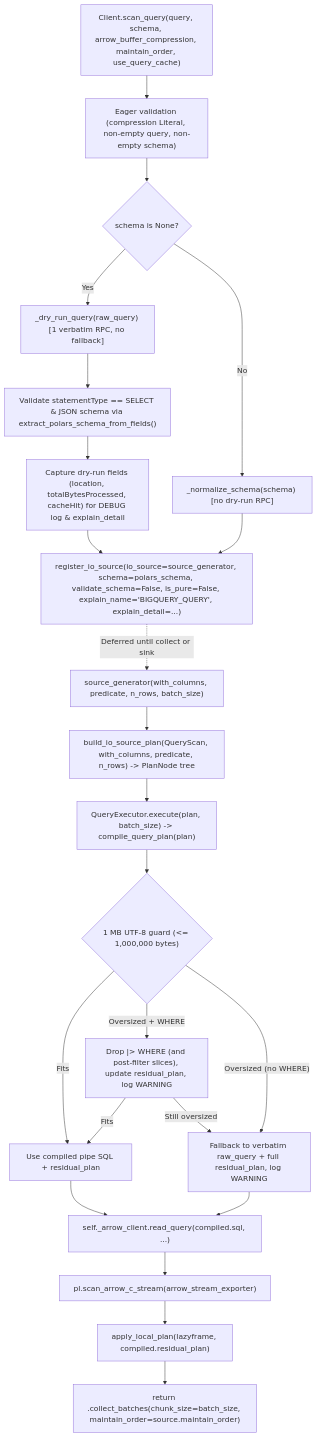
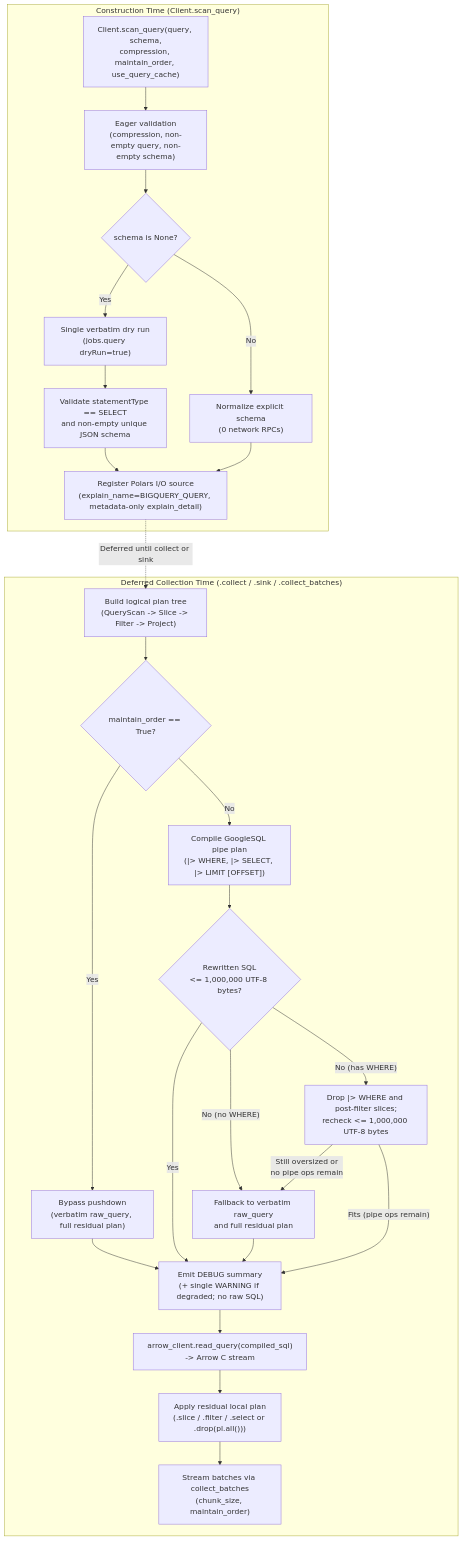
The diagram in docs/designs/polars_bigquery_scan_query.md (pola-rs/polars-bigquery-client), drawn with Mermaid before and after one commit. The commit also changed other lines of this file, not shown here.

````diff
--- a/docs/designs/polars_bigquery_scan_query.md
+++ b/docs/designs/polars_bigquery_scan_query.md
@@ -133,26 +131,40 @@
 ```mermaid
 flowchart TD
-    A["Client.scan_query(query, schema, arrow_buffer_compression, maintain_order, use_query_cache)"] --> B["Eager validation (compression Literal, non-empty query, non-empty schema)"]
-    B --> C{"schema is None?"}
-    C -- "Yes" --> D["_dry_run_query(raw_query) [1 verbatim RPC, no fallback]"]
-    D --> E["Validate statementType == SELECT & JSON schema via extract_polars_schema_from_fields()"]
-    E --> F["Capture dry-run fields (location, totalBytesProcessed, cacheHit) for DEBUG log & explain_detail"]
-    C -- "No" --> G["_normalize_schema(schema) [no dry-run RPC]"]
-    F --> H["register_io_source(io_source=source_generator, schema=polars_schema, validate_schema=False, is_pure=False, explain_name='BIGQUERY_QUERY', explain_detail=...)"]
-    G --> H
+    subgraph Construction["Construction Time (Client.scan_query)"]
+        A["Client.scan_query(query, schema,\ncompression, maintain_order, use_query_cache)"]
+        B["Eager validation\n(compression, non-empty query, non-empty schema)"]
+        C{"schema is None?"}
+        D["Single verbatim dry run\n(jobs.query dryRun=true)"]
+        E["Validate statementType == SELECT\nand non-empty unique JSON schema"]
+        F["Normalize explicit schema\n(0 network RPCs)"]
+        G["Register Polars I/O source\n(explain_name=BIGQUERY_QUERY, metadata-only explain_detail)"]
+    end
 
-    H -. Deferred until collect or sink .-> I["source_generator(with_columns, predicate, n_rows, batch_size)"]
-    I --> J["build_io_source_plan(QueryScan, with_columns, predicate, n_rows) -> PlanNode tree"]
-    J --> K["QueryExecutor.execute(plan, batch_size) -> compile_query_plan(plan)"]
-    K --> L{"1 MB UTF-8 guard (<= 1,000,000 bytes)"}
-    L -- "Fits" --> M["Use compiled pipe SQL + residual_plan"]
-    L -- "Oversized + WHERE" --> N["Drop |> WHERE (and post-filter slices), update residual_plan, log WARNING"]
-    N -- "Still oversized" --> O["Fallback to verbatim raw_query + full residual_plan, log WARNING"]
-    N -- "Fits" --> M
-    L -- "Oversized (no WHERE)" --> O
-    M --> P["self._arrow_client.read_query(compiled.sql, ...)"]
-    O --> P
-    P --> Q["pl.scan_arrow_c_stream(arrow_stream_exporter)"]
-    Q --> R["apply_local_plan(lazyframe, compiled.residual_plan)"]
-    R --> S["return .collect_batches(chunk_size=batch_size, maintain_order=source.maintain_order)"]
+    subgraph Execution["Deferred Collection Time (.collect / .sink / .collect_batches)"]
+        H["Build logical plan tree\n(QueryScan -> Slice -> Filter -> Project)"]
+        I{"maintain_order == True?"}
+        J["Bypass pushdown\n(verbatim raw_query, full residual plan)"]
+        K["Compile GoogleSQL pipe plan\n(|> WHERE, |> SELECT, |> LIMIT [OFFSET])"]
+        L{"Rewritten SQL\n<= 1,000,000 UTF-8 bytes?"}
+        M["Drop |> WHERE and post-filter slices;\nrecheck <= 1,000,000 UTF-8 bytes"]
+        N["Fallback to verbatim raw_query\nand full residual plan"]
+        O["Emit DEBUG summary\n(+ single WARNING if degraded; no raw SQL)"]
+        P["arrow_client.read_query(compiled_sql)\n-> Arrow C stream"]
+        Q["Apply residual local plan\n(.slice / .filter / .select or .drop(pl.all()))"]
+        R["Stream batches via collect_batches\n(chunk_size, maintain_order)"]
+    end
+
+    A --> B --> C
+    C -->|"Yes"| D --> E --> G
+    C -->|"No"| F --> G
+    G -.->|"Deferred until collect or sink"| H
+    H --> I
+    I -->|"Yes"| J --> O
+    I -->|"No"| K --> L
+    L -->|"Yes"| O
+    L -->|"No (has WHERE)"| M
+    L -->|"No (no WHERE)"| N --> O
+    M -->|"Fits (pipe ops remain)"| O
+    M -->|"Still oversized or\nno pipe ops remain"| N
+    O --> P --> Q --> R
 ```
````
